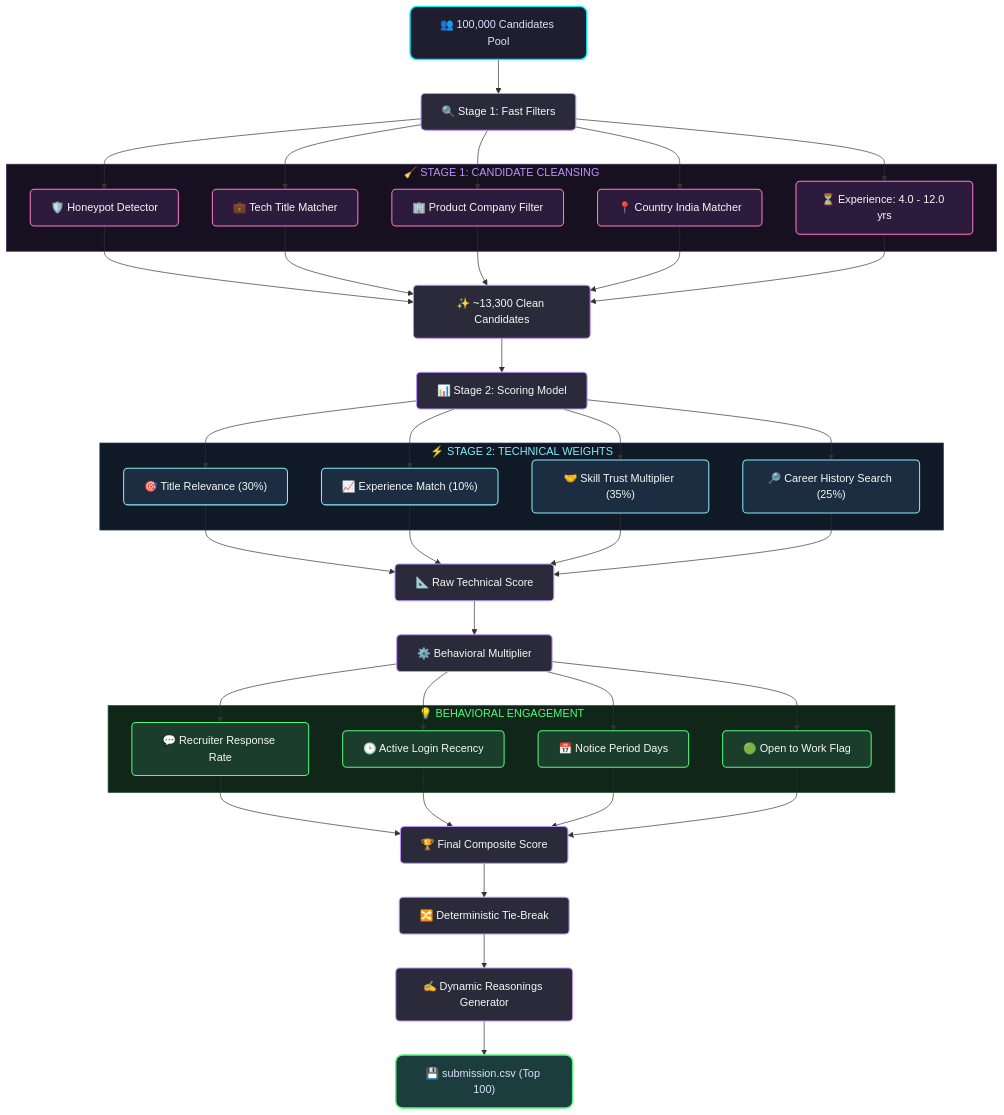
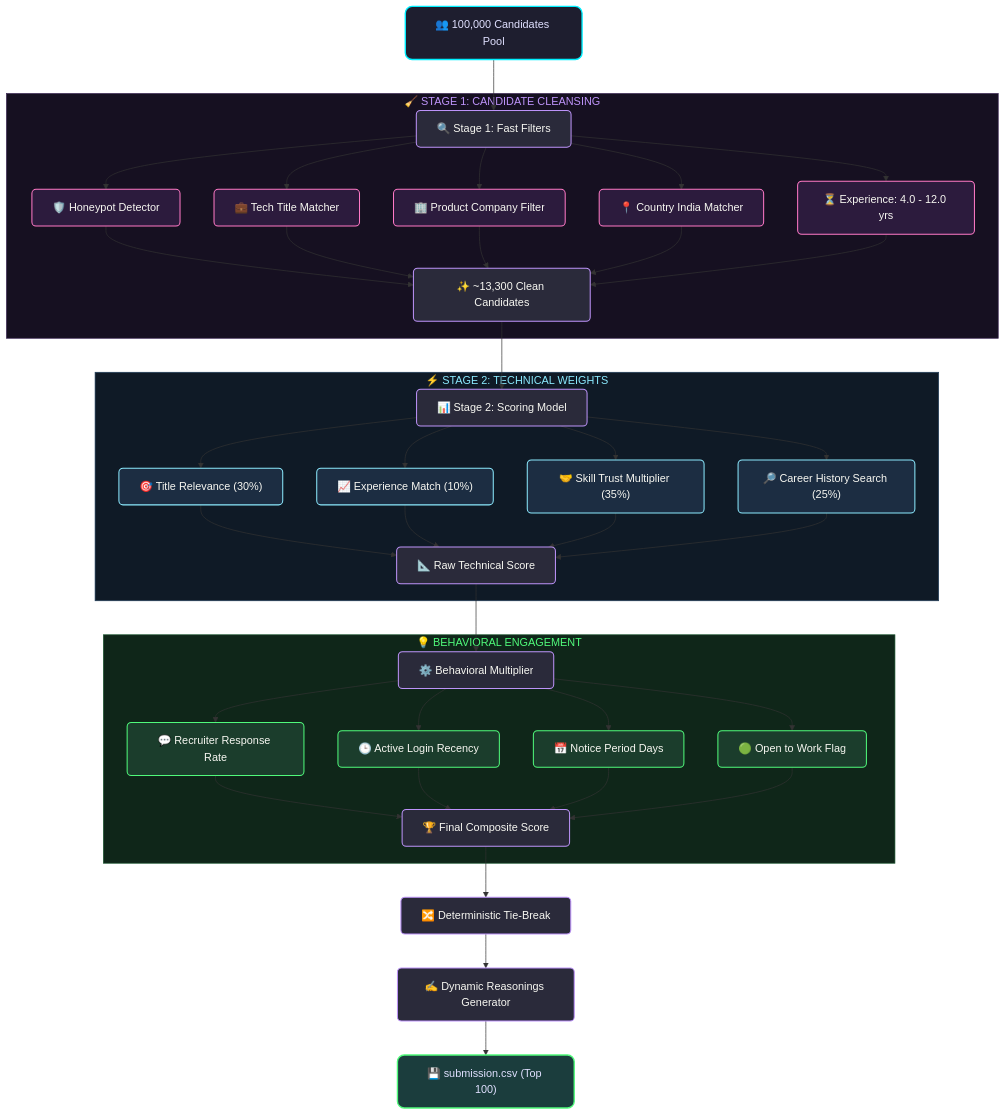
The diagram in README.md (SwayamAg/India_runs_data_and_ai_challenge), drawn with Mermaid before and after one commit.

Commit message:
docs: streamline Mermaid layout by encapsulating process nodes inside subgraphs

````diff
--- a/README.md
+++ b/README.md
@@ -40,68 +40,62 @@
 ```mermaid
 graph TD
     %% Define Classes for Styling
     classDef pool fill:#1e1e2f,stroke:#00f0ff,stroke-width:2px,color:#e0e0ff,rx:10px,ry:10px;
     classDef stage1 fill:#2c1b3d,stroke:#ff79c6,stroke-width:1.5px,color:#f8f8f2,rx:6px,ry:6px;
     classDef stage2 fill:#1c2d42,stroke:#8be9fd,stroke-width:1.5px,color:#f8f8f2,rx:6px,ry:6px;
     classDef behavioral fill:#1b3d2c,stroke:#50fa7b,stroke-width:1.5px,color:#f8f8f2,rx:6px,ry:6px;
     classDef process fill:#2a2a3a,stroke:#bd93f9,stroke-width:1.5px,color:#f8f8f2,rx:6px,ry:6px;
     classDef output fill:#1b3d3d,stroke:#50fa7b,stroke-width:2px,color:#e0e0ff,rx:10px,ry:10px;
 
     A["👥 100,000 Candidates Pool"]:::pool --> B["🔍 Stage 1: Fast Filters"]:::process
     
     subgraph S1 ["🧹 STAGE 1: CANDIDATE CLEANSING"]
+        B
         B1["🛡️ Honeypot Detector"]:::stage1
         B2["💼 Tech Title Matcher"]:::stage1
         B3["🏢 Product Company Filter"]:::stage1
         B4["📍 Country India Matcher"]:::stage1
         B5["⏳ Experience: 4.0 - 12.0 yrs"]:::stage1
+        C["✨ ~13,300 Clean Candidates"]:::process
     end
     
-    B --> B1
-    B --> B2
-    B --> B3
-    B --> B4
-    B --> B5
-    
-    B1 & B2 & B3 & B4 & B5 --> C["✨ ~13,300 Clean Candidates"]:::process
+    B --> B1 & B2 & B3 & B4 & B5
+    B1 & B2 & B3 & B4 & B5 --> C
     
     C --> D["📊 Stage 2: Scoring Model"]:::process
     
     subgraph S2 ["⚡ STAGE 2: TECHNICAL WEIGHTS"]
+        D
         D1["🎯 Title Relevance (30%)"]:::stage2
         D2["📈 Experience Match (10%)"]:::stage2
         D3["🤝 Skill Trust Multiplier (35%)"]:::stage2
         D4["🔎 Career History Search (25%)"]:::stage2
+        E["📐 Raw Technical Score"]:::process
     end
     
-    D --> D1
-    D --> D2
-    D --> D3
-    D --> D4
-    
-    D1 & D2 & D3 & D4 --> E["📐 Raw Technical Score"]:::process
+    D --> D1 & D2 & D3 & D4
+    D1 & D2 & D3 & D4 --> E
     
     E --> F["⚙️ Behavioral Multiplier"]:::process
     
     subgraph S3 ["💡 BEHAVIORAL ENGAGEMENT"]
+        F
         F1["💬 Recruiter Response Rate"]:::behavioral
         F2["🕒 Active Login Recency"]:::behavioral
         F3["📅 Notice Period Days"]:::behavioral
         F4["🟢 Open to Work Flag"]:::behavioral
+        G["🏆 Final Composite Score"]:::process
     end
     
-    F --> F1
-    F --> F2
-    F --> F3
-    F --> F4
+    F --> F1 & F2 & F3 & F4
+    F1 & F2 & F3 & F4 --> G
     
-    F1 & F2 & F3 & F4 --> G["🏆 Final Composite Score"]:::process
     G --> H["🔀 Deterministic Tie-Break"]:::process
     H --> I["✍️ Dynamic Reasonings Generator"]:::process
     I --> J["💾 submission.csv (Top 100)"]:::output
 
     %% Apply subgraph styles
     style S1 fill:#161021,stroke:#3b2754,stroke-width:1px,color:#bd93f9
     style S2 fill:#0f1a26,stroke:#1e3c59,stroke-width:1px,color:#8be9fd
     style S3 fill:#0f2619,stroke:#1e5933,stroke-width:1px,color:#50fa7b
 ```
````
